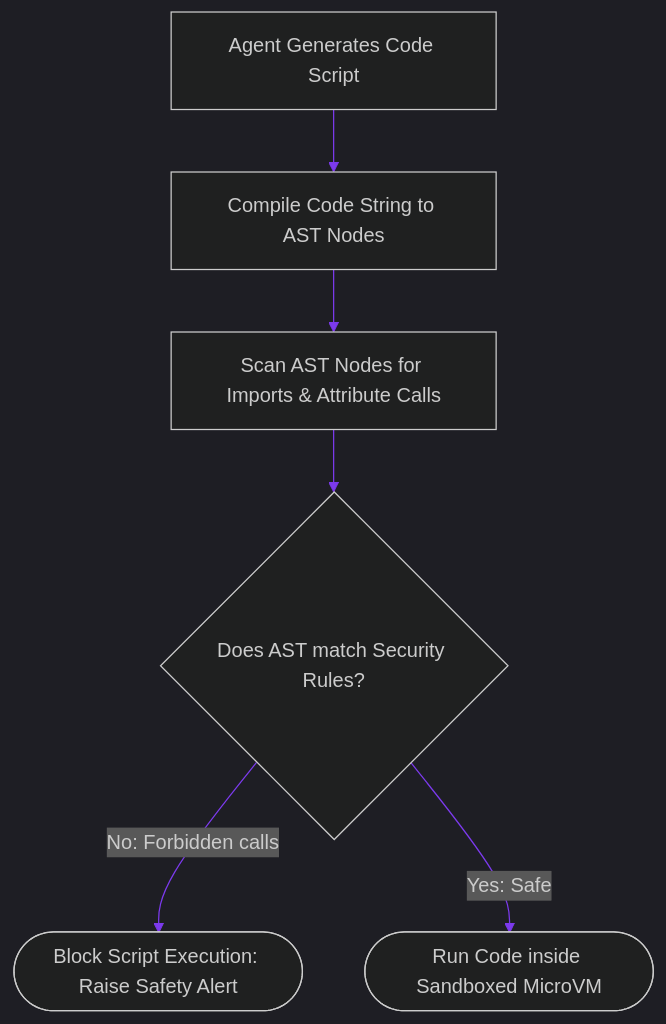
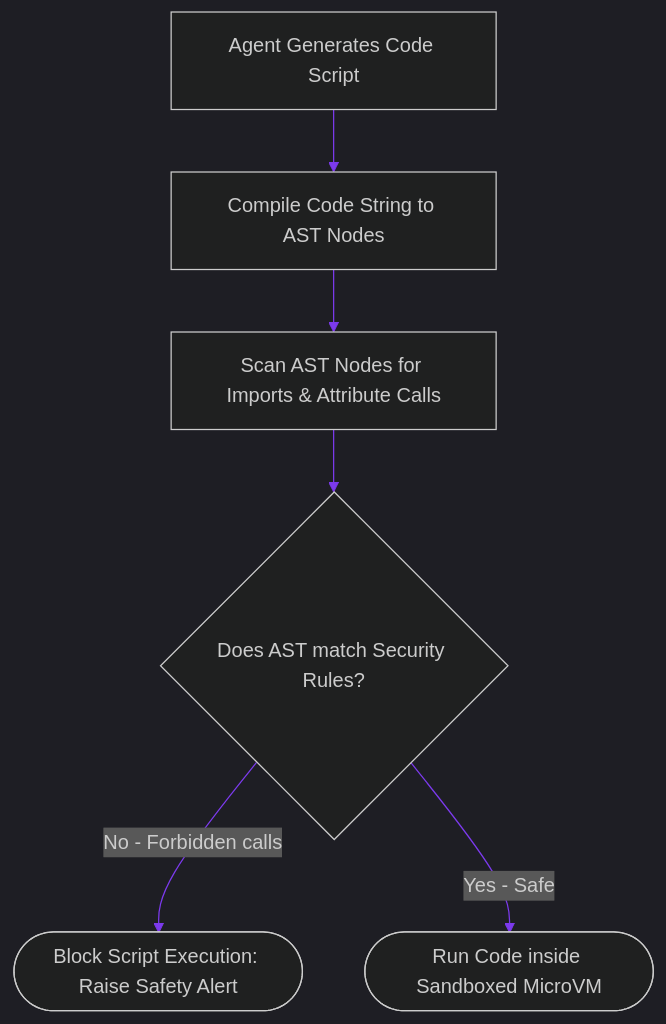
One commit to akmalkhaniub/akmalkhaniub.github.io changed the diagram in blog/posts/security-ast-pre-execution-code-injection-scanning.md. Above: the diagram before and after it, drawn with Mermaid. The commit also changed 411 other files, not shown here.

````diff
--- a/blog/posts/security-ast-pre-execution-code-injection-scanning.md
+++ b/blog/posts/security-ast-pre-execution-code-injection-scanning.md
@@ -16,10 +16,10 @@
 ```mermaid
 %%{init: {'theme': 'dark', 'themeVariables': { 'primaryColor': '#7c3aed', 'primaryTextColor': '#f3f4f6', 'primaryBorderColor': '#a78bfa', 'lineColor': '#7c3aed', 'secondaryColor': '#111827', 'tertiaryColor': '#0b0f19'}}}%%
 flowchart TD
     Code[Agent Generates Code Script] --> AST[Compile Code String to AST Nodes]
     AST --> Scan[Scan AST Nodes for Imports & Attribute Calls]
     
     Scan --> Verify{Does AST match Security Rules?}
-    Verify -->|No: Forbidden calls| Block([Block Script Execution: Raise Safety Alert])
-    Verify -->|Yes: Safe| Sandbox([Run Code inside Sandboxed MicroVM])
+    Verify -->|No - Forbidden calls| Block([Block Script Execution: Raise Safety Alert])
+    Verify -->|Yes - Safe| Sandbox([Run Code inside Sandboxed MicroVM])
 ```
````
